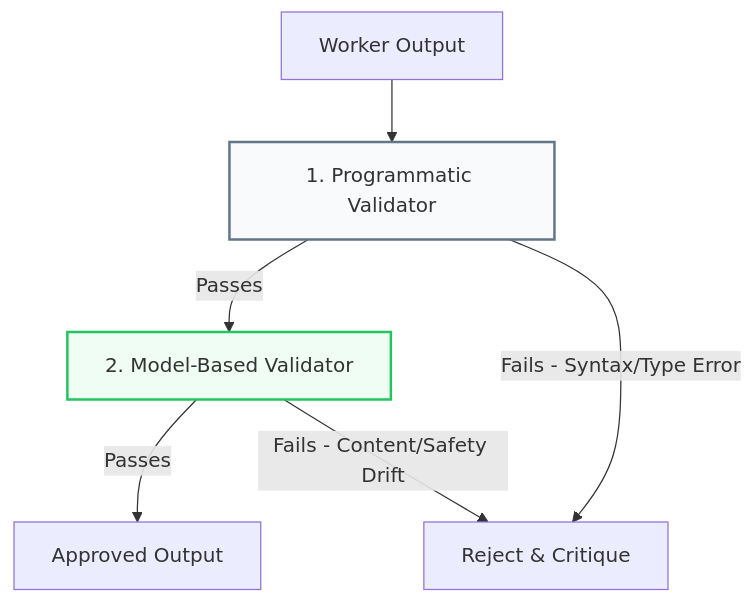
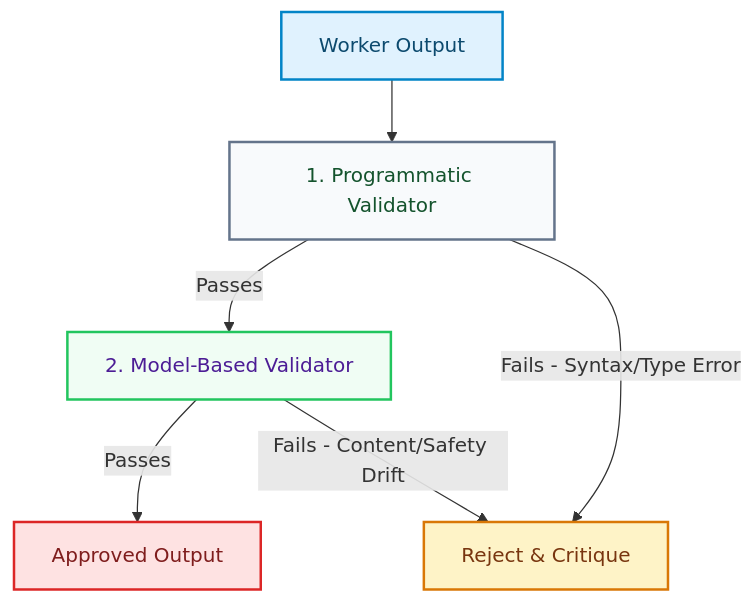
One commit to akmalkhaniub/akmalkhaniub.github.io changed the diagram in blog/posts/the-validator-agent-pattern.md. Above: the diagram before and after it, drawn with Mermaid. The commit also changed other lines of this file and 1291 other files, not shown here.

First line of the commit message:
feat(catalog): unique covers, scholarly references, and diagram palettes

````diff
--- a/blog/posts/the-validator-agent-pattern.md
+++ b/blog/posts/the-validator-agent-pattern.md
@@ -20,12 +20,23 @@
 ```mermaid
 flowchart TD
-    Output[Worker Output] --> Layer1[1. Programmatic Validator]
-    Layer1 -->|Passes| Layer2[2. Model-Based Validator]
-    Layer1 -->|Fails - Syntax/Type Error| Fail[Reject & Critique]
+    Output["Worker Output"] --> Layer1["1. Programmatic Validator"]
+    Layer1 -->|Passes| Layer2["2. Model-Based Validator"]
+    Layer1 -->|Fails - Syntax/Type Error| Fail["Reject & Critique"]
     
-    Layer2 -->|Passes| Pass[Approved Output]
+    Layer2 -->|Passes| Pass["Approved Output"]
     Layer2 -->|Fails - Content/Safety Drift| Fail
     
     style Layer1 fill:#f8fafc,stroke:#64748b,stroke-width:2px
     style Layer2 fill:#f0fdf4,stroke:#22c55e,stroke-width:2px
+
+classDef green fill:#dcfce7,stroke:#16a34a,stroke-width:2px,color:#14532d;
+classDef red fill:#fee2e2,stroke:#dc2626,stroke-width:2px,color:#7f1d1d;
+classDef blue fill:#e0f2fe,stroke:#0284c7,stroke-width:2px,color:#0c4a6e;
+classDef yellow fill:#fef3c7,stroke:#d97706,stroke-width:2px,color:#78350f;
+classDef purple fill:#ede9fe,stroke:#7c3aed,stroke-width:2px,color:#4c1d95;
+class Output blue
+class Layer1 green
+class Layer2 purple
+class Fail yellow
+class Pass red
 ```
````
